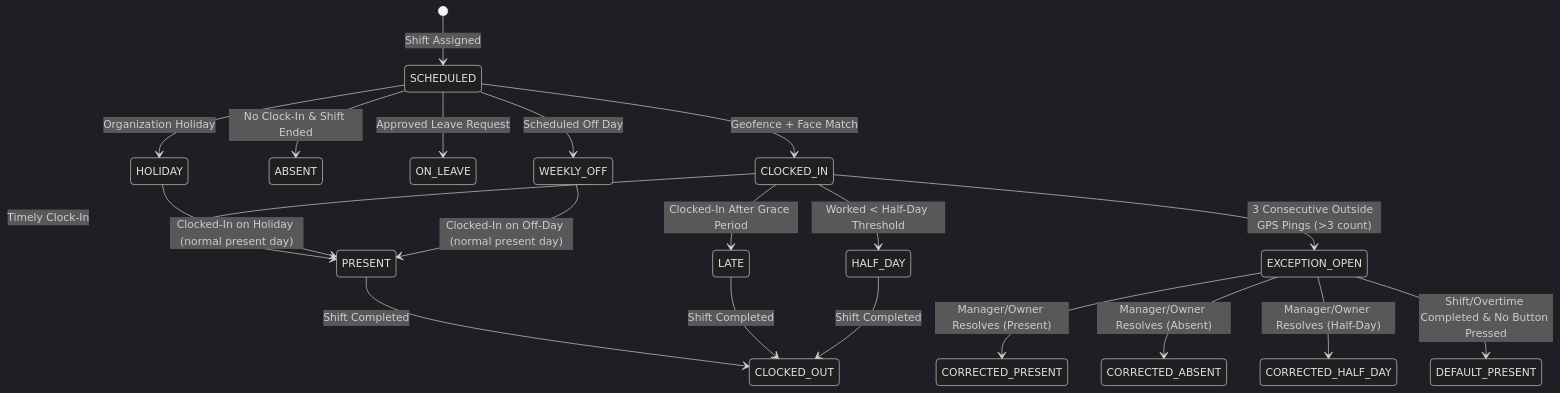
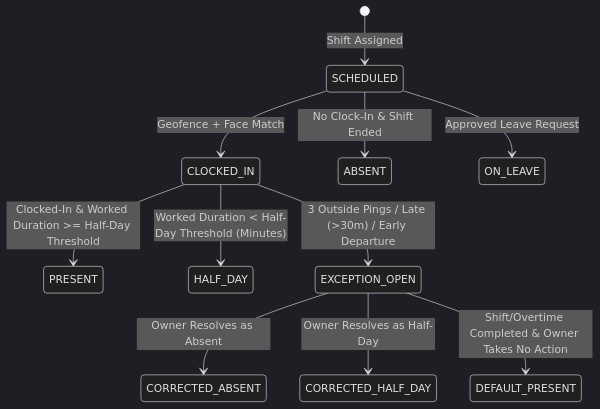
Before and after one commit to Sahin00789/presence-android-app: the diagram in docs/ATTENDANCE_RULES.md, drawn with Mermaid (dark theme). The commit also changed other lines of this file and 205 other files, not shown here.

````diff
--- a/docs/ATTENDANCE_RULES.md
+++ b/docs/ATTENDANCE_RULES.md
@@ -5,26 +5,15 @@
 ```mermaid
 stateDiagram-v2
     [*] --> SCHEDULED : Shift Assigned
     SCHEDULED --> CLOCKED_IN : Geofence + Face Match
     SCHEDULED --> ABSENT : No Clock-In & Shift Ended
     SCHEDULED --> ON_LEAVE : Approved Leave Request
-    SCHEDULED --> HOLIDAY : Organization Holiday
-    SCHEDULED --> WEEKLY_OFF : Scheduled Off Day
 
-    CLOCKED_IN --> PRESENT : Timely Clock-In
-    CLOCKED_IN --> LATE : Clocked-In After Grace Period
-    CLOCKED_IN --> HALF_DAY : Worked < Half-Day Threshold
-    CLOCKED_IN --> EXCEPTION_OPEN : 3 Consecutive Outside GPS Pings (>3 count)
+    CLOCKED_IN --> PRESENT : Clocked-In & Worked Duration >= Half-Day Threshold
+    CLOCKED_IN --> HALF_DAY : Worked Duration < Half-Day Threshold (Minutes)
+    CLOCKED_IN --> EXCEPTION_OPEN : 3 Outside Pings / Late (>30m) / Early Departure
 
-    EXCEPTION_OPEN --> CORRECTED_PRESENT : Manager/Owner Resolves (Present)
-    EXCEPTION_OPEN --> CORRECTED_ABSENT : Manager/Owner Resolves (Absent)
-    EXCEPTION_OPEN --> CORRECTED_HALF_DAY : Manager/Owner Resolves (Half-Day)
-    EXCEPTION_OPEN --> DEFAULT_PRESENT : Shift/Overtime Completed & No Button Pressed
-
-    PRESENT --> CLOCKED_OUT : Shift Completed
-    LATE --> CLOCKED_OUT : Shift Completed
-    HALF_DAY --> CLOCKED_OUT : Shift Completed
-
-    HOLIDAY --> PRESENT : Clocked-In on Holiday (normal present day)
-    WEEKLY_OFF --> PRESENT : Clocked-In on Off-Day (normal present day)
+    EXCEPTION_OPEN --> CORRECTED_ABSENT : Owner Resolves as Absent
+    EXCEPTION_OPEN --> CORRECTED_HALF_DAY : Owner Resolves as Half-Day
+    EXCEPTION_OPEN --> DEFAULT_PRESENT : Shift/Overtime Completed & Owner Takes No Action
 ```
````
